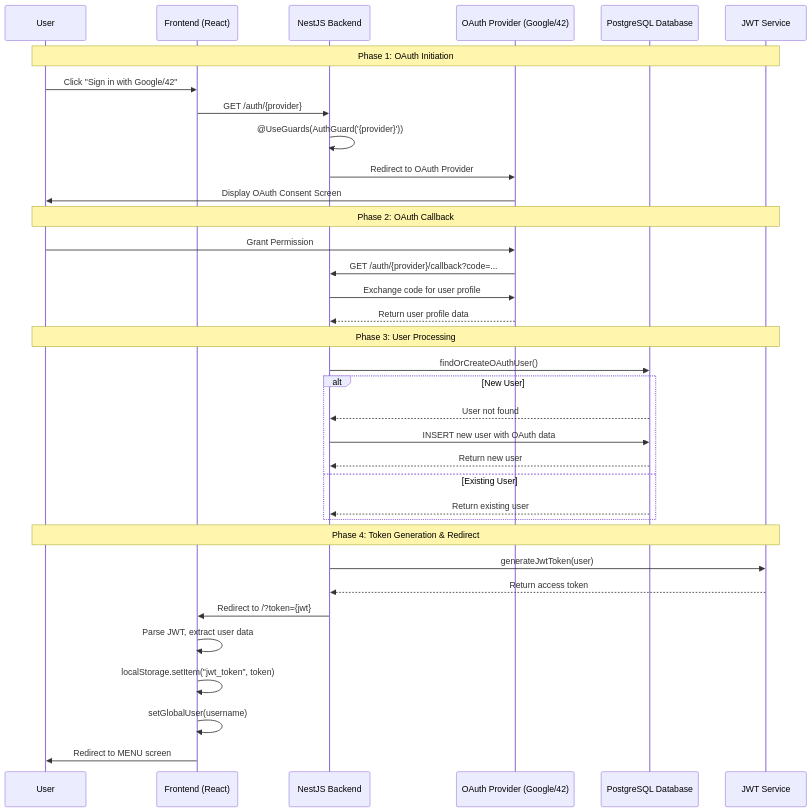
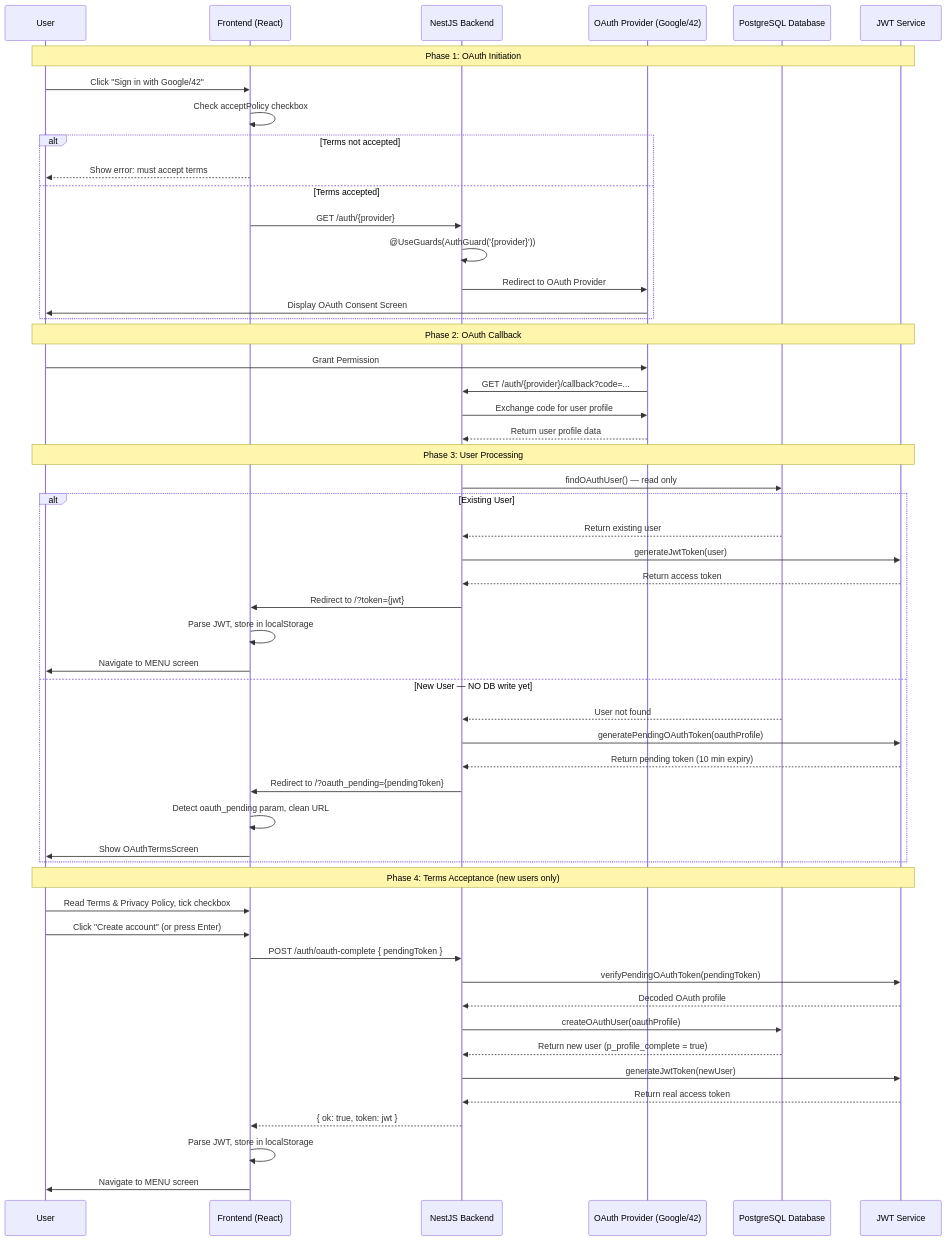
The first of 2 diagrams in srcs/backend/doc/OAUTH_DOCUMENTATION.md (BlasLezo1741/TRANSCENDENCE), drawn with Mermaid before and after one commit. The commit also changed other lines of this file and 16 other files, not shown here.

Commit message:
feat: User must accept the terms of service and private policy

````diff
--- a/srcs/backend/doc/OAUTH_DOCUMENTATION.md
+++ b/srcs/backend/doc/OAUTH_DOCUMENTATION.md
@@ -15,41 +15,59 @@
 ```mermaid
 sequenceDiagram
     participant User
     participant Frontend as Frontend (React)
     participant Backend as NestJS Backend
     participant OAuth as OAuth Provider (Google/42)
     participant DB as PostgreSQL Database
     participant JWT as JWT Service
 
     Note over User, JWT: Phase 1: OAuth Initiation
     User->>Frontend: Click "Sign in with Google/42"
-    Frontend->>Backend: GET /auth/{provider}
-    Backend->>Backend: @UseGuards(AuthGuard('{provider}'))
-    Backend->>OAuth: Redirect to OAuth Provider
-    OAuth->>User: Display OAuth Consent Screen
-    
+    Frontend->>Frontend: Check acceptPolicy checkbox
+    alt Terms not accepted
+        Frontend-->>User: Show error: must accept terms
+    else Terms accepted
+        Frontend->>Backend: GET /auth/{provider}
+        Backend->>Backend: @UseGuards(AuthGuard('{provider}'))
+        Backend->>OAuth: Redirect to OAuth Provider
+        OAuth->>User: Display OAuth Consent Screen
+    end
+
     Note over User, JWT: Phase 2: OAuth Callback
     User->>OAuth: Grant Permission
     OAuth->>Backend: GET /auth/{provider}/callback?code=...
     Backend->>OAuth: Exchange code for user profile
     OAuth-->>Backend: Return user profile data
-    
+
     Note over User, JWT: Phase 3: User Processing
-    Backend->>DB: findOrCreateOAuthUser()
-    alt New User
+    Backend->>DB: findOAuthUser() — read only
+    alt Existing User
+        DB-->>Backend: Return existing user
+        Backend->>JWT: generateJwtToken(user)
+        JWT-->>Backend: Return access token
+        Backend->>Frontend: Redirect to /?token={jwt}
+        Frontend->>Frontend: Parse JWT, store in localStorage
+        Frontend->>User: Navigate to MENU screen
+    else New User — NO DB write yet
         DB-->>Backend: User not found
-        Backend->>DB: INSERT new user with OAuth data
-        DB-->>Backend: Return new user
-    else Existing User
-        DB-->>Backend: Return existing user
+        Backend->>JWT: generatePendingOAuthToken(oauthProfile)
+        JWT-->>Backend: Return pending token (10 min expiry)
+        Backend->>Frontend: Redirect to /?oauth_pending={pendingToken}
+        Frontend->>Frontend: Detect oauth_pending param, clean URL
+        Frontend->>User: Show OAuthTermsScreen
     end
-    
-    Note over User, JWT: Phase 4: Token Generation & Redirect
-    Backend->>JWT: generateJwtToken(user)
-    JWT-->>Backend: Return access token
-    Backend->>Frontend: Redirect to /?token={jwt}
-    Frontend->>Frontend: Parse JWT, extract user data
-    Frontend->>Frontend: localStorage.setItem("jwt_token", token)
-    Frontend->>Frontend: setGlobalUser(username)
-    Frontend->>User: Redirect to MENU screen
+
+    Note over User, JWT: Phase 4: Terms Acceptance (new users only)
+    User->>Frontend: Read Terms & Privacy Policy, tick checkbox
+    User->>Frontend: Click "Create account" (or press Enter)
+    Frontend->>Backend: POST /auth/oauth-complete { pendingToken }
+    Backend->>JWT: verifyPendingOAuthToken(pendingToken)
+    JWT-->>Backend: Decoded OAuth profile
+    Backend->>DB: createOAuthUser(oauthProfile)
+    DB-->>Backend: Return new user (p_profile_complete = true)
+    Backend->>JWT: generateJwtToken(newUser)
+    JWT-->>Backend: Return real access token
+    Backend-->>Frontend: { ok: true, token: jwt }
+    Frontend->>Frontend: Parse JWT, store in localStorage
+    Frontend->>User: Navigate to MENU screen
 ```
````
